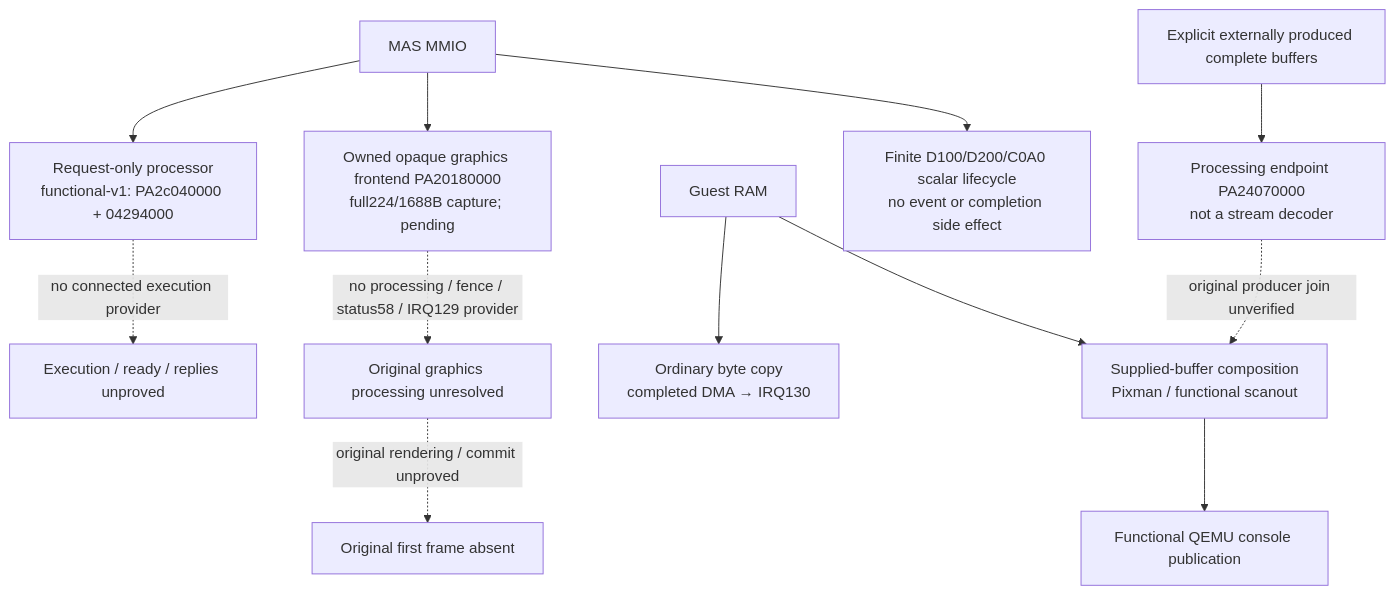
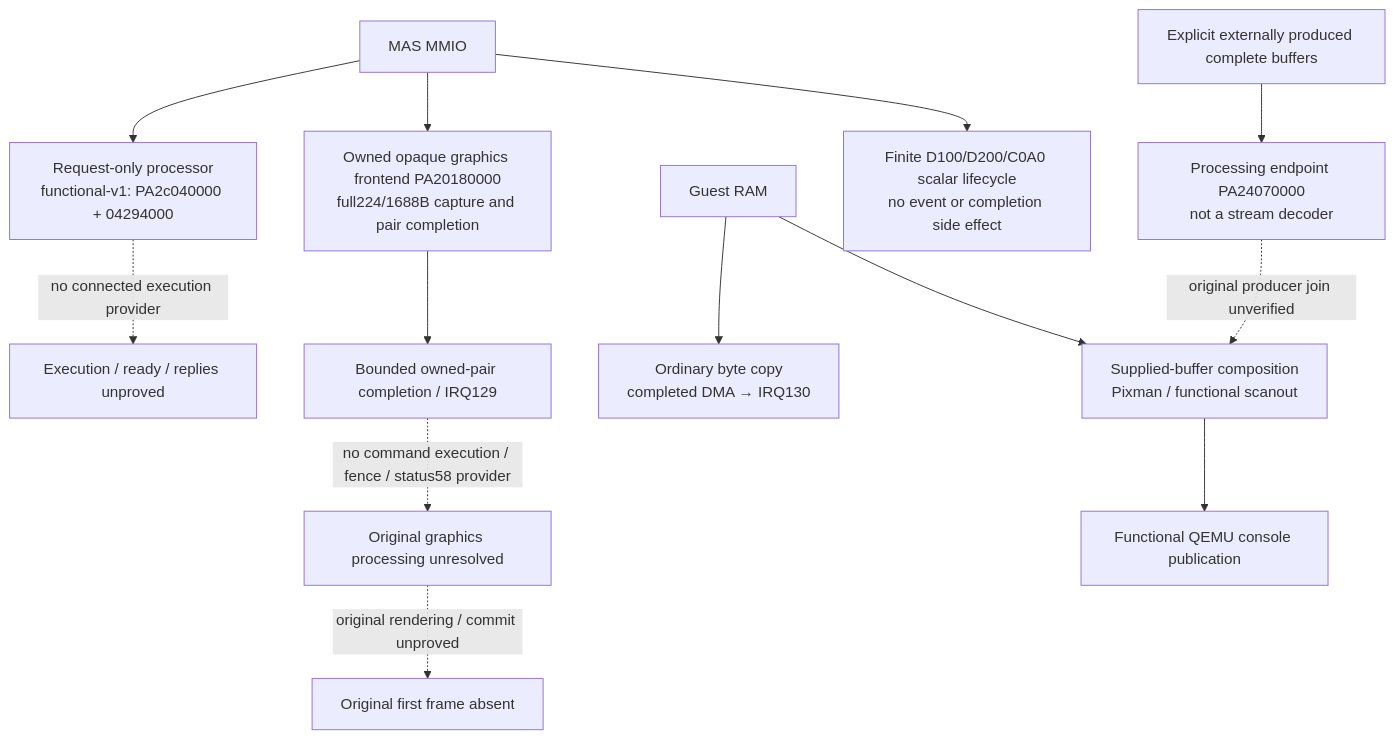
One commit to nightglasses/z7ii-qemu changed the sixth of 6 diagrams in docs/architecture.md. Above: the diagram before and after it, drawn with Mermaid. The commit also changed other lines of this file and 2 other files, not shown here.

Commit message:
docs: align graphics status with implemented completion

````diff
--- a/docs/architecture.md
+++ b/docs/architecture.md
@@ -187,14 +187,15 @@
 ```mermaid
 flowchart TD
   MMIO[MAS MMIO] --> Processor[Request-only processor\nfunctional-v1: PA2c040000 + 04294000]
   Processor -. no connected execution provider .-> Execution[Execution / ready / replies unproved]
-  MMIO --> Streams[Owned opaque graphics frontend PA20180000\nfull224/1688B capture; pending]
-  Streams -. no processing / fence / status58 / IRQ129 provider .-> Graphics[Original graphics processing unresolved]
+  MMIO --> Streams[Owned opaque graphics frontend PA20180000\nfull224/1688B capture and pair completion]
+  Streams --> PairCompletion[Bounded owned-pair completion / IRQ129]
+  PairCompletion -. no command execution / fence / status58 provider .-> Graphics[Original graphics processing unresolved]
   RAM[Guest RAM] --> Copy[Ordinary byte copy\ncompleted DMA → IRQ130]
   External[Explicit externally produced complete buffers] --> Process[Processing endpoint PA24070000\nnot a stream decoder]
   RAM --> Compose[Supplied-buffer composition\nPixman / functional scanout]
   Process -. original producer join unverified .-> Compose
   Compose --> Console[Functional QEMU console publication]
   Graphics -. original rendering / commit unproved .-> Frame[Original first frame absent]
   MMIO --> DisplayScalars[Finite D100/D200/C0A0 scalar lifecycle\nno event or completion side effect]
 ```
````
